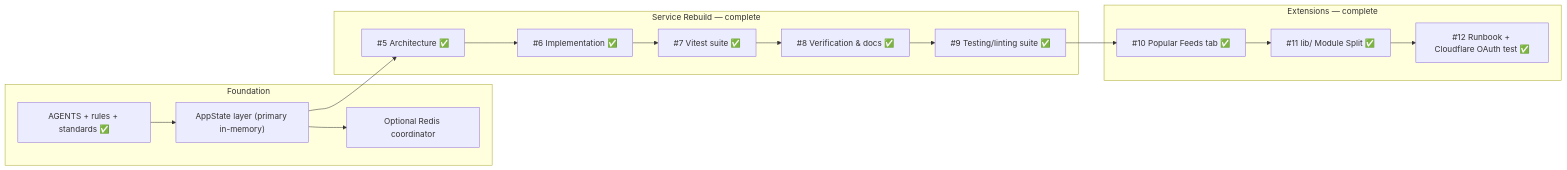
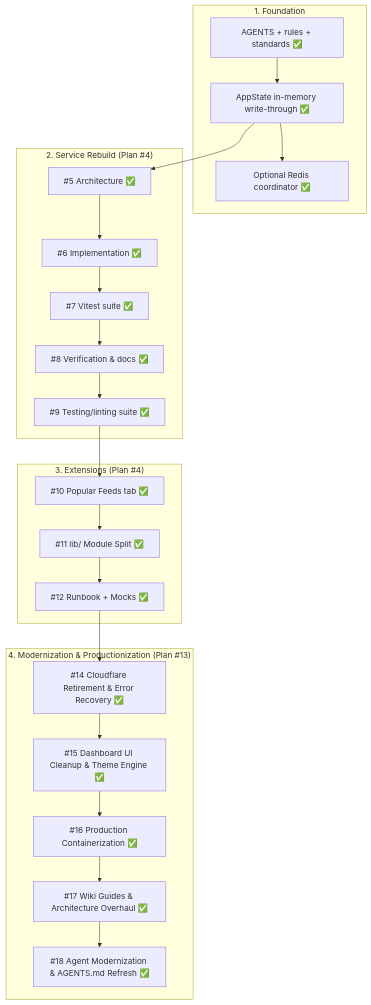
The diagram in .agents/plans/roadmap.md (HELIX-Origin/Discord-RSS), drawn with Mermaid before and after one commit. The commit also changed other lines of this file and 73 other files, not shown here.

````diff
--- a/.agents/plans/roadmap.md
+++ b/.agents/plans/roadmap.md
@@ -5,26 +7,35 @@
 ```mermaid
-flowchart LR
-    subgraph Foundation ["Foundation"]
+flowchart TD
+    subgraph Foundation ["1. Foundation"]
         P0["AGENTS + rules + standards ✅"]
-        A["AppState layer (primary in-memory)"]
-        R["Optional Redis coordinator"]
+        A["AppState in-memory write-through ✅"]
+        R["Optional Redis coordinator ✅"]
     end
 
-    subgraph Rebuild ["Service Rebuild — complete"]
+    subgraph Rebuild ["2. Service Rebuild (Plan #4)"]
         S1["#5 Architecture ✅"]
         S2["#6 Implementation ✅"]
         S3["#7 Vitest suite ✅"]
         S4["#8 Verification & docs ✅"]
         S5["#9 Testing/linting suite ✅"]
     end
 
-    subgraph Extension ["Extensions — complete"]
+    subgraph Extensions ["3. Extensions (Plan #4)"]
         S6["#10 Popular Feeds tab ✅"]
         S7["#11 lib/ Module Split ✅"]
-        S8["#12 Runbook + Cloudflare OAuth test ✅"]
+        S8["#12 Runbook + Mocks ✅"]
+    end
+
+    subgraph Modernization ["4. Modernization & Productionization (Plan #13)"]
+        M1["#14 Cloudflare Retirement & Error Recovery ✅"]
+        M2["#15 Dashboard UI Cleanup & Theme Engine ✅"]
+        M3["#16 Production Containerization ✅"]
+        M4["#17 Wiki Guides & Architecture Overhaul ✅"]
+        M5["#18 Agent Modernization & AGENTS.md Refresh ✅"]
     end
 
     P0 --> A --> S1 --> S2 --> S3 --> S4 --> S5
     A --> R
     S5 --> S6 --> S7 --> S8
+    S8 --> M1 --> M2 --> M3 --> M4 --> M5
 ```
````
